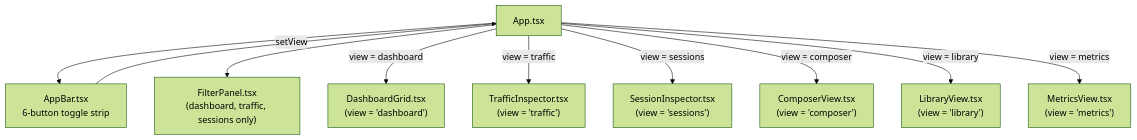
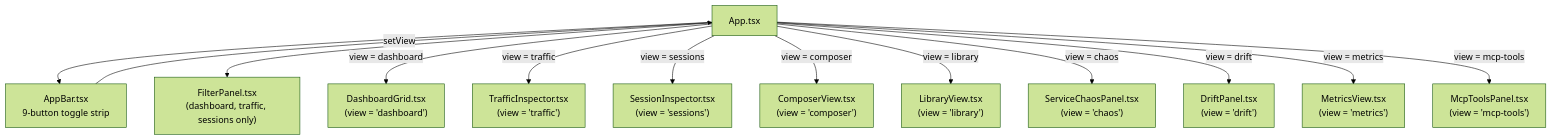
The fourth of 7 diagrams in docs/code/dashboard-ui.md (weotr/mockserver-monorepo), drawn with Mermaid (forest theme) before and after one commit. The commit also changed other lines of this file and 9 other files, not shown here.

````diff
--- a/docs/code/dashboard-ui.md
+++ b/docs/code/dashboard-ui.md
@@ -99,30 +111,39 @@
 ```mermaid
 graph TB
     APP["App.tsx"]
     AB["AppBar.tsx
-6-button toggle strip"]
+9-button toggle strip"]
     FP["FilterPanel.tsx
 (dashboard, traffic, sessions only)"]
     DG["DashboardGrid.tsx
 (view = 'dashboard')"]
     TI["TrafficInspector.tsx
 (view = 'traffic')"]
     SI["SessionInspector.tsx
 (view = 'sessions')"]
     CV["ComposerView.tsx
 (view = 'composer')"]
     LV["LibraryView.tsx
 (view = 'library')"]
+    SCP["ServiceChaosPanel.tsx
+(view = 'chaos')"]
+    DP["DriftPanel.tsx
+(view = 'drift')"]
     MV["MetricsView.tsx
 (view = 'metrics')"]
+    MTP["McpToolsPanel.tsx
+(view = 'mcp-tools')"]
 
     APP --> AB
     APP --> FP
     AB -->|setView| APP
     APP -->|view = dashboard| DG
     APP -->|view = traffic| TI
     APP -->|view = sessions| SI
     APP -->|view = composer| CV
     APP -->|view = library| LV
+    APP -->|view = chaos| SCP
+    APP -->|view = drift| DP
     APP -->|view = metrics| MV
+    APP -->|view = mcp-tools| MTP
 ```
````
